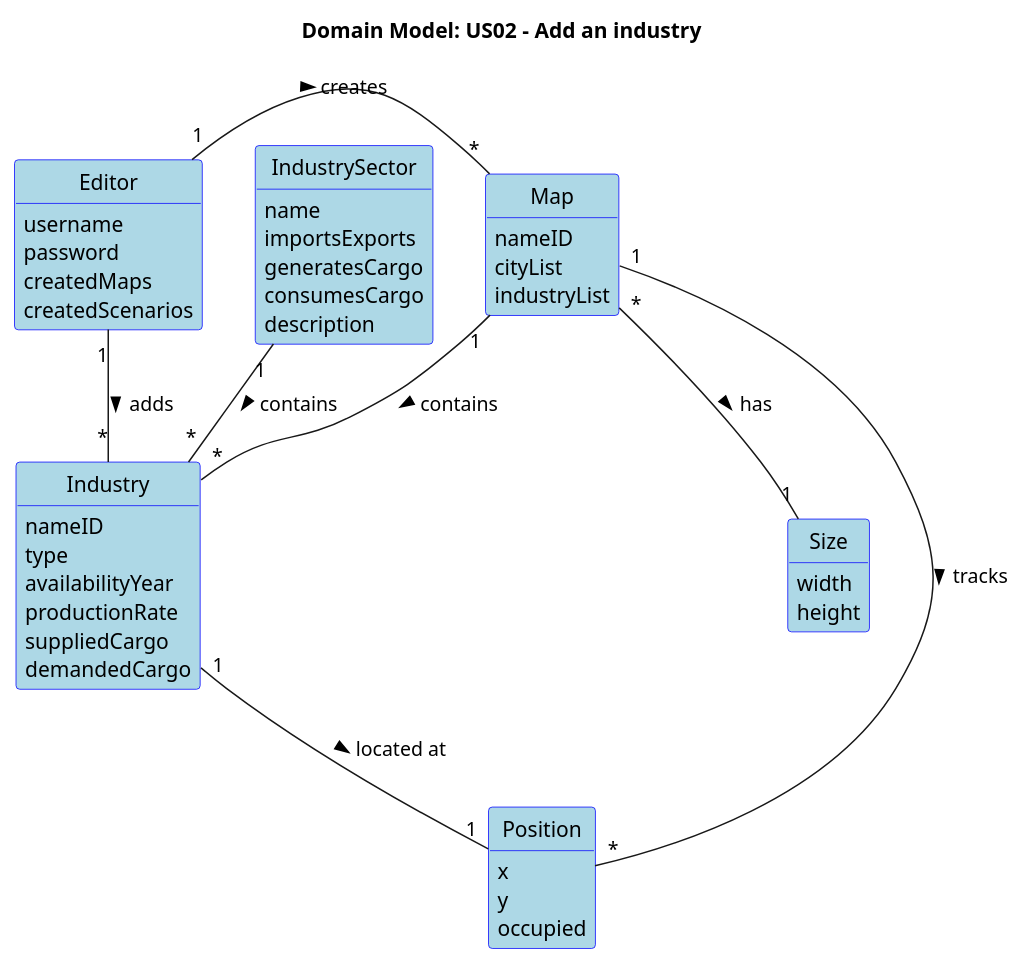
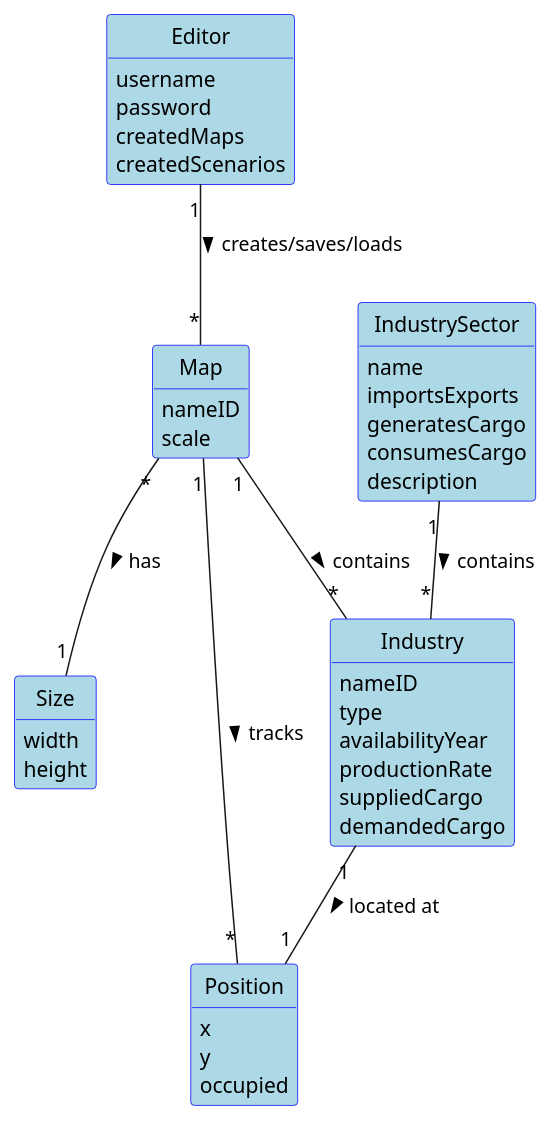
The diagram in docs/system-documentation/Sprint 3/US02/02.analysis/puml/US002-DM.puml (HenriqueSilva18/Railway-Network-Simulator), drawn with PlantUML before and after one commit. The commit also changed 34 other files, not shown here.

```diff
--- a/docs/system-documentation/Sprint 3/US02/02.analysis/puml/US002-DM.puml
+++ b/docs/system-documentation/Sprint 3/US02/02.analysis/puml/US002-DM.puml
@@ -1,77 +1,65 @@
 @startuml
-skinparam packageStyle rectangle
 skinparam shadowing false
 skinparam classAttributeIconSize 0
 skinparam class {
   BackgroundColor LightBlue
   BorderColor Blue
 }
-
-'left to right direction
-
-skinparam classAttributeIconSize 0
-
+skinparam enum {
+  BackgroundColor LightBlue
+  BorderColor Blue
+}
 hide circle
 hide methods
 
-title Domain Model: US02 - Add an industry
+'left to right direction
 
 class Editor {
   username
   password
   createdMaps
   createdScenarios
 }
 
 class Map {
   nameID
-  cityList
-  industryList
+  scale
+}
+
+class Size {
+  width
+  height
+}
+
+class Position {
+  x
+  y
+  occupied
 }
 
 class Industry {
   nameID
   type
   availabilityYear
   productionRate
   suppliedCargo
   demandedCargo
 }
 
 class IndustrySector {
   name
   importsExports
   generatesCargo
   consumesCargo
   description
 }
 
-class Position {
-  x
-  y
-  occupied
-}
-
-class Size {
-  width
-  height
-}
-
-note right of Industry::sector
-  Must be primary, transforming or mixed industry
-end note
-
-note right of Industry::type
-  Must be mine, farm, bakery or other of the kind
-end note
-
-Map "1" -- "*" Industry: contains >
-Editor "1" -- "*" Industry: adds >
-Editor "1" - "*" Map: creates >
-
+' Relationships specific to US02 - Add Industry
+Editor "1" -- "*" Map : creates/saves/loads >
+Map "*" -- "1" Size : has >
+Map "1" -- "*" Industry : contains >
 Map "1" -- "*" Position : tracks >
 Industry "1" -- "1" Position : located at >
 IndustrySector "1" -- "*" Industry : contains >
-Map "*" -- "1" Size : has >
 
 @enduml
```
